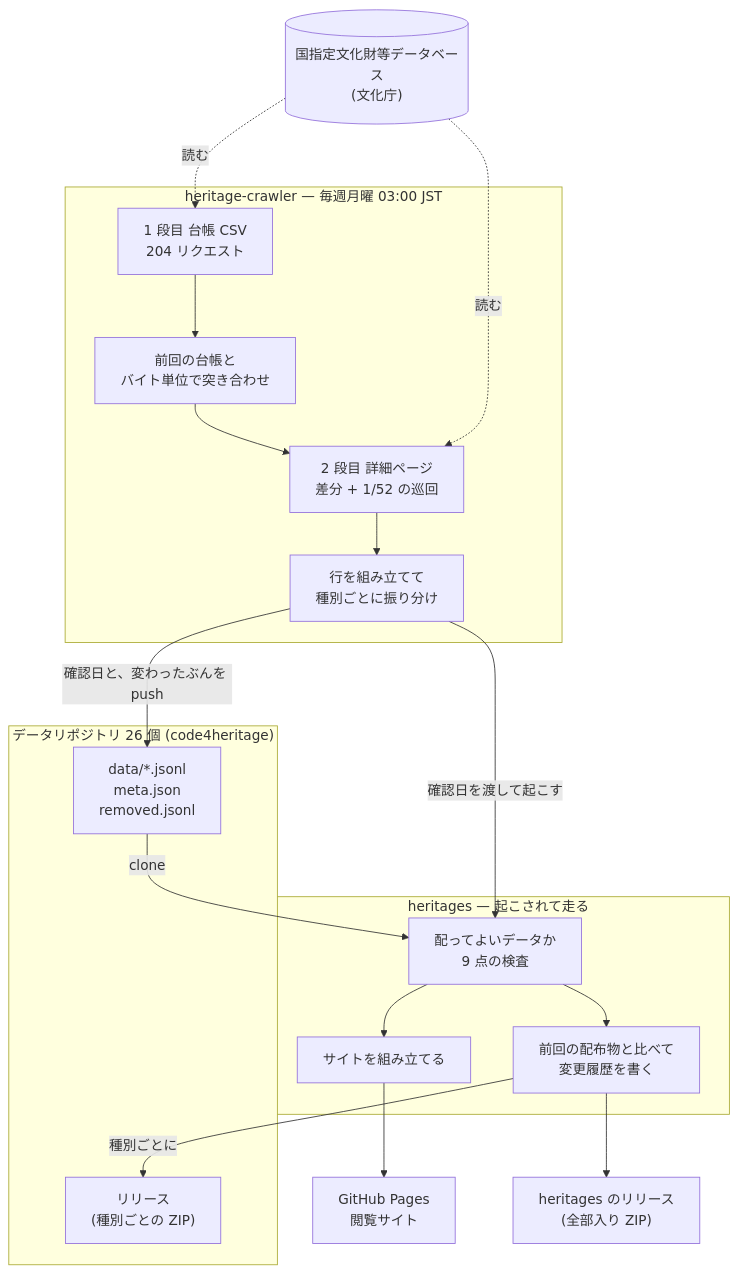
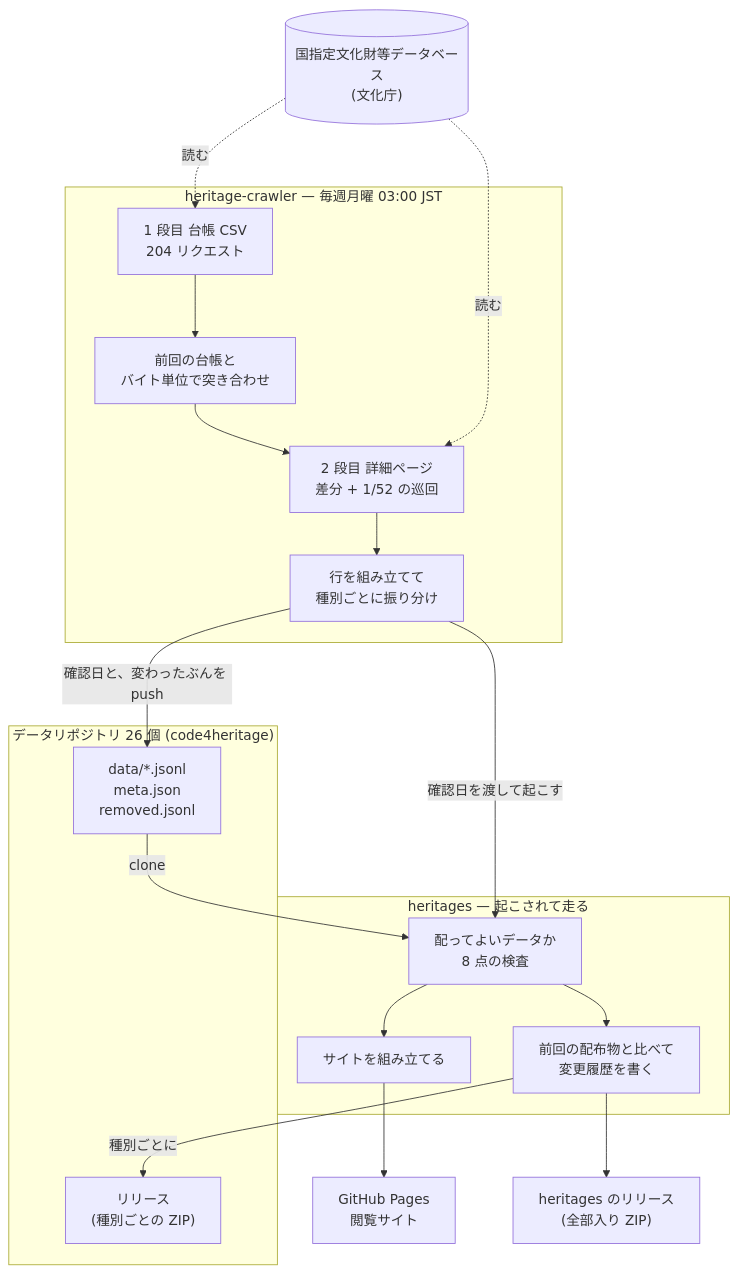
One commit to shinyaoguri/heritage-crawler changed the diagram in docs/pipeline.md. Above: the diagram before and after it, drawn with Mermaid. The commit also changed other lines of this file and 1 other file, not shown here.

````diff
--- a/docs/pipeline.md
+++ b/docs/pipeline.md
@@ -39,37 +39,37 @@
 ```mermaid
 flowchart TD
     DB[("国指定文化財等データベース<br/>(文化庁)")]
 
     subgraph CR["heritage-crawler — 毎週月曜 03:00 JST"]
         L["1 段目 台帳 CSV<br/>204 リクエスト"]
         D["前回の台帳と<br/>バイト単位で突き合わせ"]
         F["2 段目 詳細ページ<br/>差分 + 1/52 の巡回"]
         B["行を組み立てて<br/>種別ごとに振り分け"]
         L --> D --> F --> B
     end
 
     subgraph DR["データリポジトリ 26 個 (code4heritage)"]
         J["data/*.jsonl<br/>meta.json<br/>removed.jsonl"]
         RZ["リリース<br/>(種別ごとの ZIP)"]
     end
 
     subgraph HS["heritages — 起こされて走る"]
-        C["配ってよいデータか<br/>9 点の検査"]
+        C["配ってよいデータか<br/>8 点の検査"]
         P["サイトを組み立てる"]
         A["前回の配布物と比べて<br/>変更履歴を書く"]
         C --> P
         C --> A
     end
 
     PG["GitHub Pages<br/>閲覧サイト"]
     AZ["heritages のリリース<br/>(全部入り ZIP)"]
 
     DB -.->|"読む"| L
     DB -.->|"読む"| F
     B -->|"確認日と、変わったぶんを push"| J
     B -->|"確認日を渡して起こす"| C
     J -->|"clone"| C
     P --> PG
     A --> AZ
     A -->|"種別ごとに"| RZ
 ```
````
